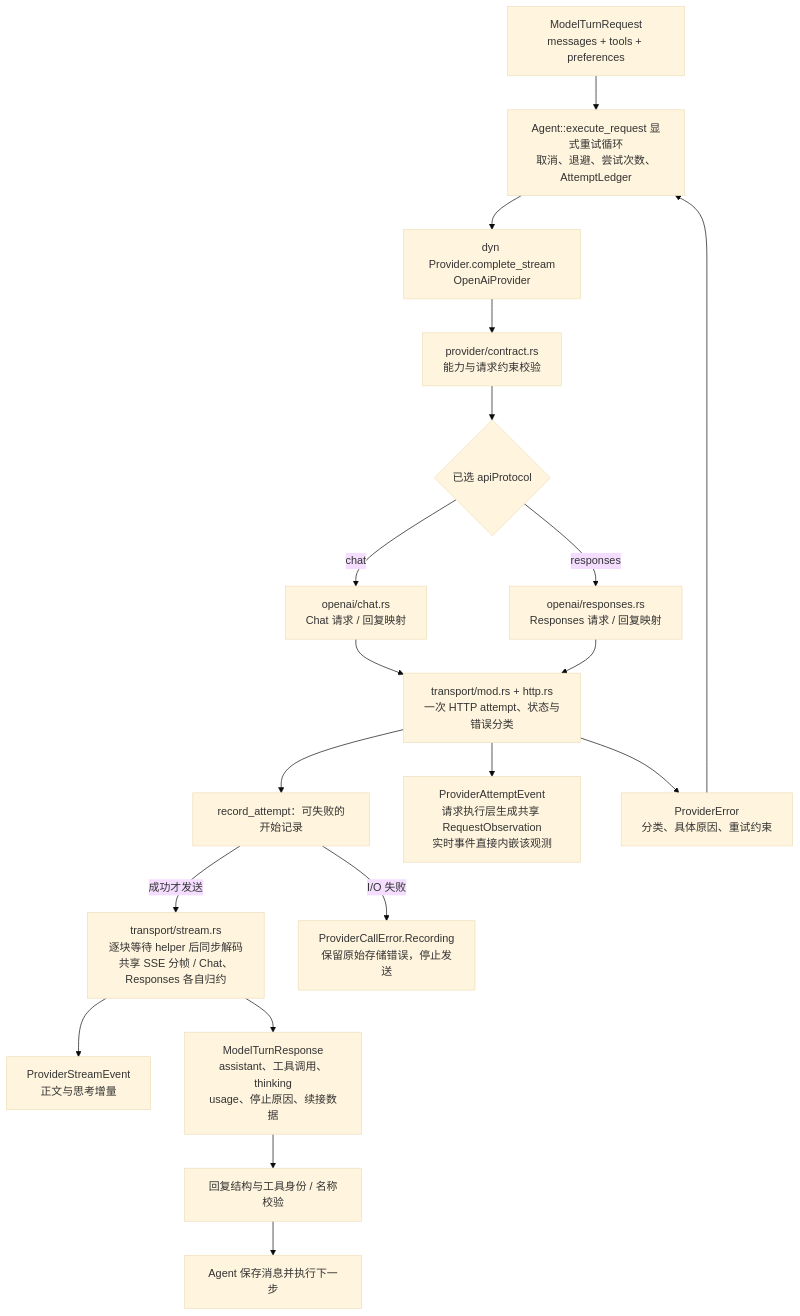
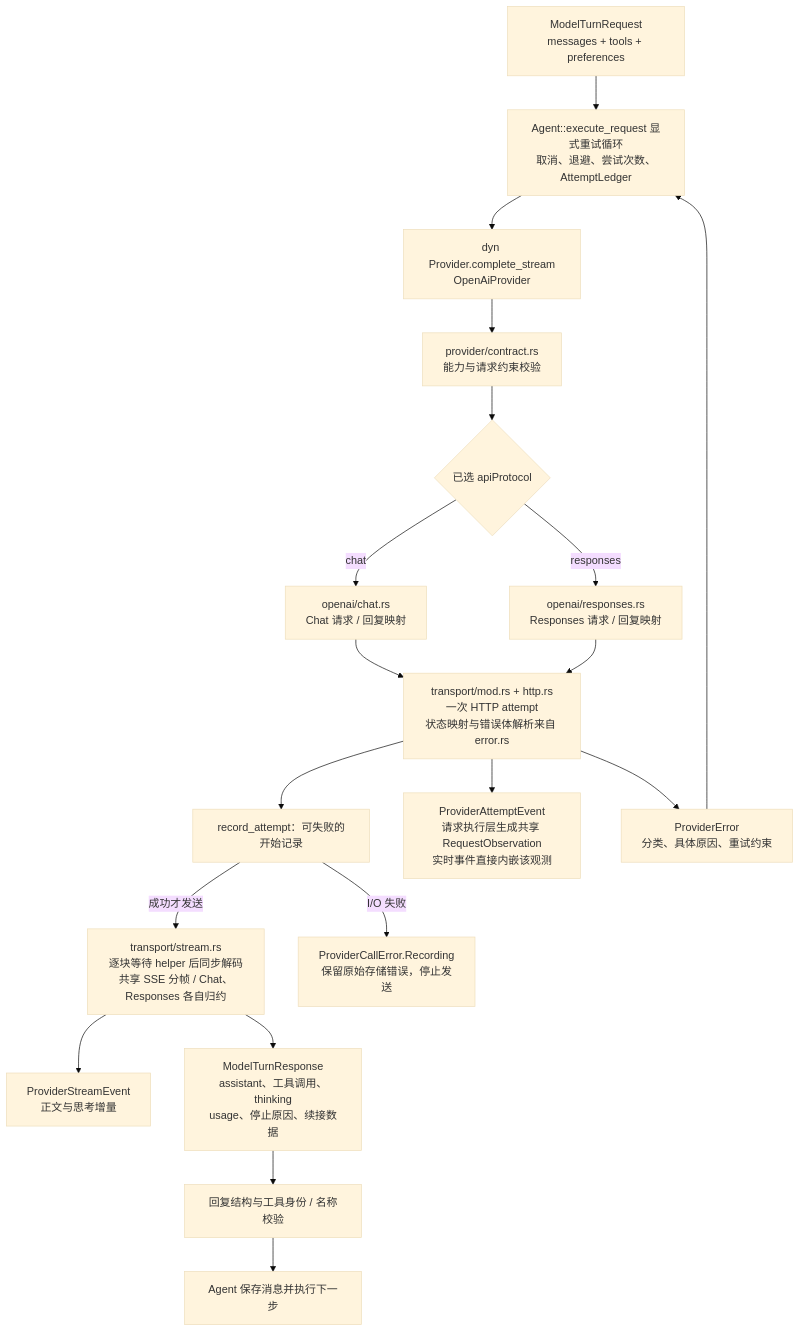
Diagram 19 of 29 in docs/singularity.md (qjcnmd/singularity-agent), drawn with Mermaid (base theme) before and after one commit. The commit also changed other lines of this file and 69 other files, not shown here.

````diff
--- a/docs/singularity.md
+++ b/docs/singularity.md
@@ -518,21 +518,21 @@
 ```mermaid
 flowchart TB
     Request["ModelTurnRequest<br/>messages + tools + preferences"] --> Retry["Agent::execute_request 显式重试循环<br/>取消、退避、尝试次数、AttemptLedger"]
     Retry --> Provider["dyn Provider.complete_stream<br/>OpenAiProvider"]
     Provider --> Validate["provider/contract.rs<br/>能力与请求约束校验"]
     Validate --> Protocol{"已选 apiProtocol"}
     Protocol -->|"chat"| Chat["openai/chat.rs<br/>Chat 请求 / 回复映射"]
     Protocol -->|"responses"| Responses["openai/responses.rs<br/>Responses 请求 / 回复映射"]
-    Chat --> Transport["transport/mod.rs + http.rs<br/>一次 HTTP attempt、状态与错误分类"]
+    Chat --> Transport["transport/mod.rs + http.rs<br/>一次 HTTP attempt<br/>状态映射与错误体解析来自 error.rs"]
     Responses --> Transport
     Transport --> Record["record_attempt：可失败的开始记录"]
     Record -->|"成功才发送"| SSE["transport/stream.rs<br/>逐块等待 helper 后同步解码<br/>共享 SSE 分帧 / Chat、Responses 各自归约"]
     SSE --> Deltas["ProviderStreamEvent<br/>正文与思考增量"]
     Record -->|"I/O 失败"| StorageError["ProviderCallError.Recording<br/>保留原始存储错误，停止发送"]
     Transport --> Attempts["ProviderAttemptEvent<br/>请求执行层生成共享 RequestObservation<br/>实时事件直接内嵌该观测"]
     SSE --> Reply["ModelTurnResponse<br/>assistant、工具调用、thinking<br/>usage、停止原因、续接数据"]
     Reply --> Check["回复结构与工具身份 / 名称校验"]
     Check --> Agent["Agent 保存消息并执行下一步"]
     Transport --> Error["ProviderError<br/>分类、具体原因、重试约束"]
     Error --> Retry
 ```
````
